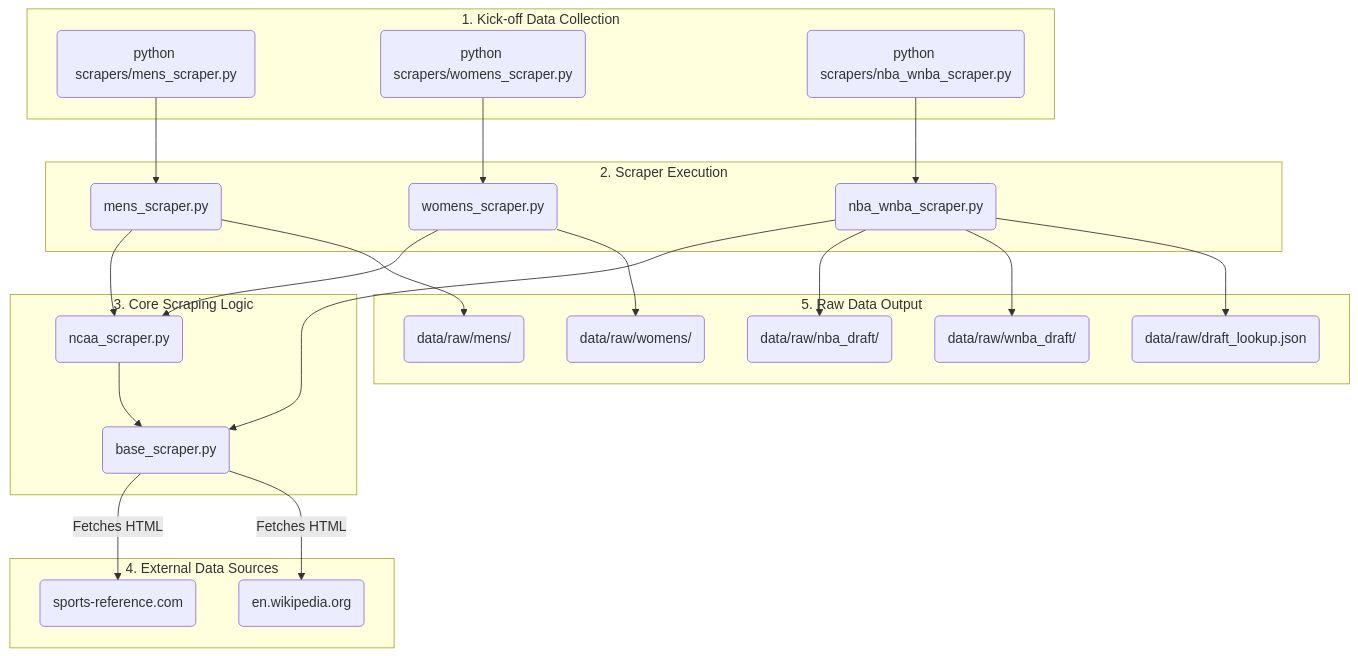
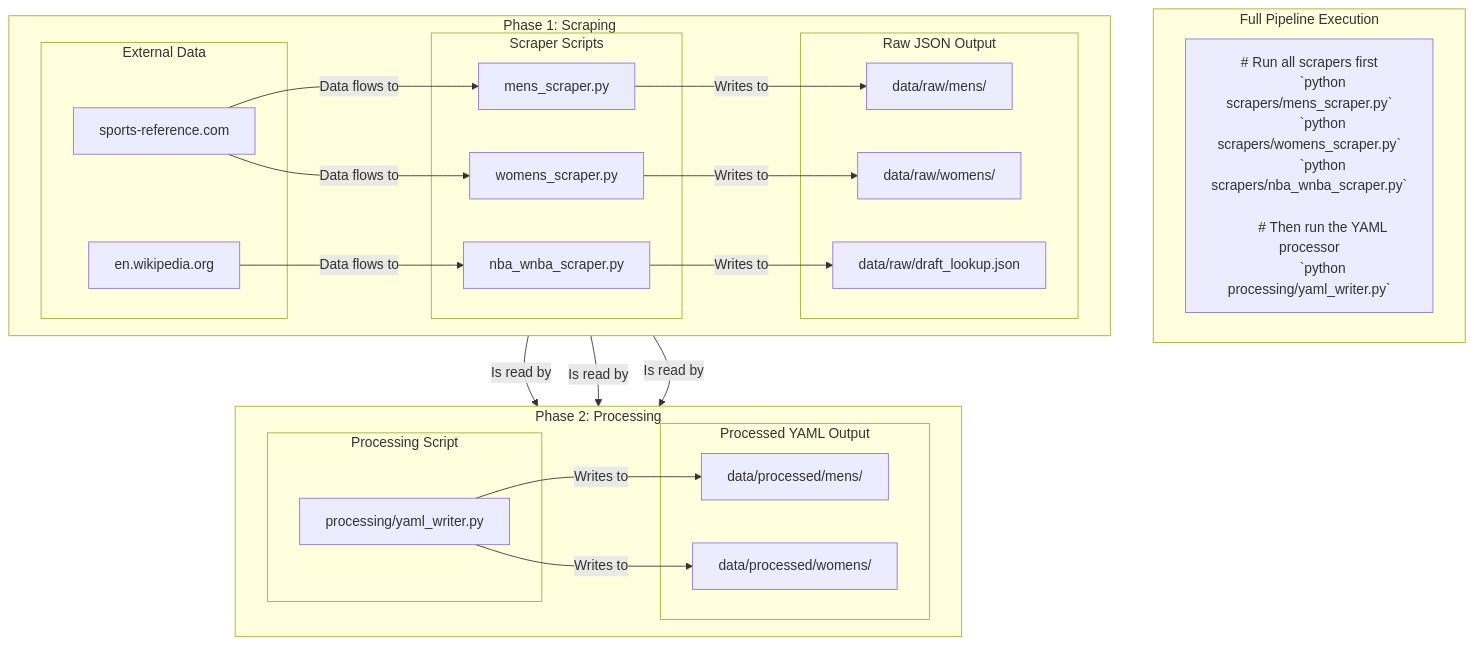
The diagram in README.md (CHammerData/AI-Tournament-Predictions), drawn with Mermaid before and after one commit. The commit also changed other lines of this file, not shown here.

Commit message:
docs: Update data flow diagram in README

````diff
--- a/README.md
+++ b/README.md
@@ -110,34 +112,64 @@
 ```mermaid
 graph TD
-    subgraph "1. Kick-off Data Collection"
-        A("`python scrapers/mens_scraper.py`")
-        B("`python scrapers/womens_scraper.py`")
-        C("`python scrapers/nba_wnba_scraper.py`")
+    subgraph "Full Pipeline Execution"
+        direction LR
+        A["
+        # Run all scrapers first
+        `python scrapers/mens_scraper.py`
+        `python scrapers/womens_scraper.py`
+        `python scrapers/nba_wnba_scraper.py`
+        
+        # Then run the YAML processor
+        `python processing/yaml_writer.py`
+        "]
     end
 
-    subgraph "2. Scraper Execution"
-        A --> D("mens_scraper.py")
-        B --> E("womens_scraper.py")
-        C --> F("nba_wnba_scraper.py")
+    subgraph "Phase 1: Scraping"
+        direction LR
+        
+        subgraph "External Data"
+            SR[sports-reference.com]
+            WIKI[en.wikipedia.org]
+        end
+
+        subgraph "Scraper Scripts"
+            mens_scraper[mens_scraper.py]
+            womens_scraper[womens_scraper.py]
+            nba_wnba_scraper[nba_wnba_scraper.py]
+        end
+
+        subgraph "Raw JSON Output"
+            mens_json[data/raw/mens/]
+            womens_json[data/raw/womens/]
+            draft_json[data/raw/draft_lookup.json]
+        end
+
+        SR -- Data flows to --> mens_scraper
+        SR -- Data flows to --> womens_scraper
+        WIKI -- Data flows to --> nba_wnba_scraper
+
+        mens_scraper -- Writes to --> mens_json
+        womens_scraper -- Writes to --> womens_json
+        nba_wnba_scraper -- Writes to --> draft_json
     end
 
-    subgraph "3. Core Scraping Logic"
-        D --> G("ncaa_scraper.py")
-        E --> G("ncaa_scraper.py")
-        G --> H("base_scraper.py")
-        F --> H
-    end
-    
-    subgraph "4. External Data Sources"
-        H -- Fetches HTML --> I("sports-reference.com")
-        H -- Fetches HTML --> J("en.wikipedia.org")
-    end
+    subgraph "Phase 2: Processing"
+        direction LR
+        
+        subgraph "Processing Script"
+            yaml_writer[processing/yaml_writer.py]
+        end
 
-    subgraph "5. Raw Data Output"
-        D --> K("data/raw/mens/")
-        E --> L("data/raw/womens/")
-        F --> M("data/raw/nba_draft/")
-        F --> N("data/raw/wnba_draft/")
-        F --> O("data/raw/draft_lookup.json")
+        subgraph "Processed YAML Output"
+            mens_yaml[data/processed/mens/]
+            womens_yaml[data/processed/womens/]
+        end
+
+        mens_json -- Is read by --> yaml_writer
+        womens_json -- Is read by --> yaml_writer
+        draft_json -- Is read by --> yaml_writer
+        
+        yaml_writer -- Writes to --> mens_yaml
+        yaml_writer -- Writes to --> womens_yaml
     end
 ```
````
